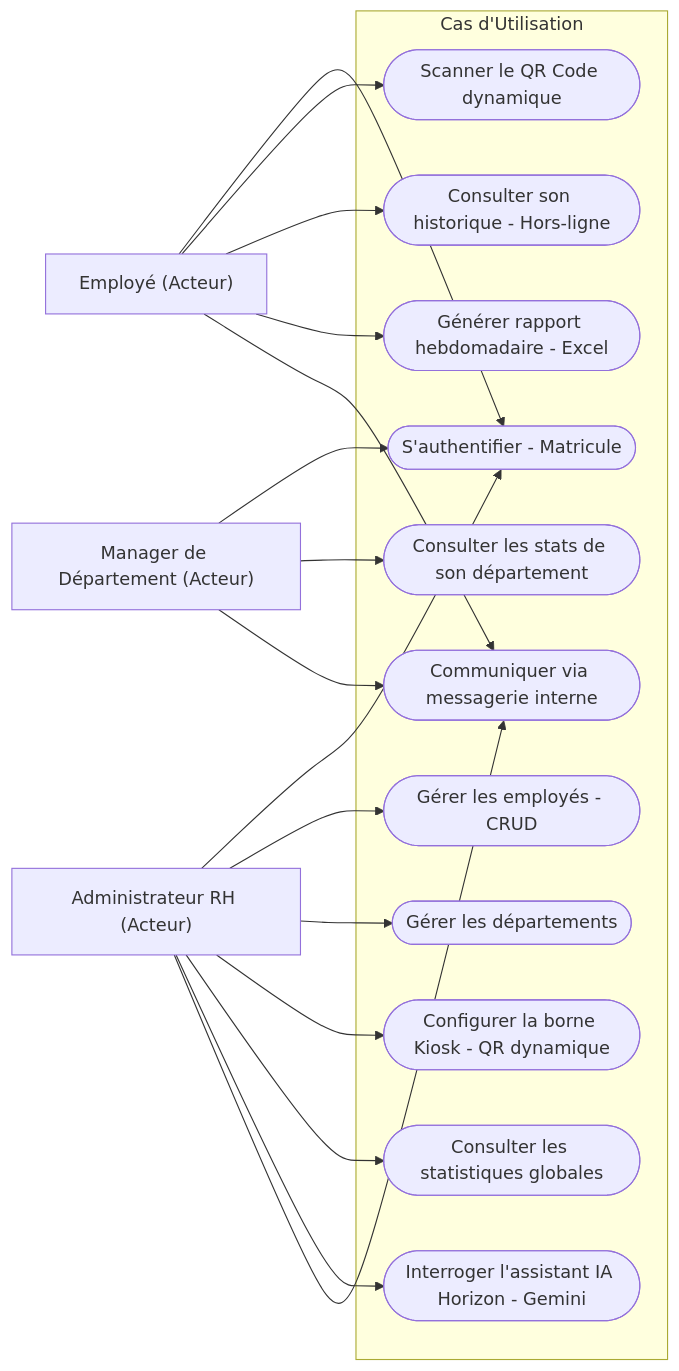
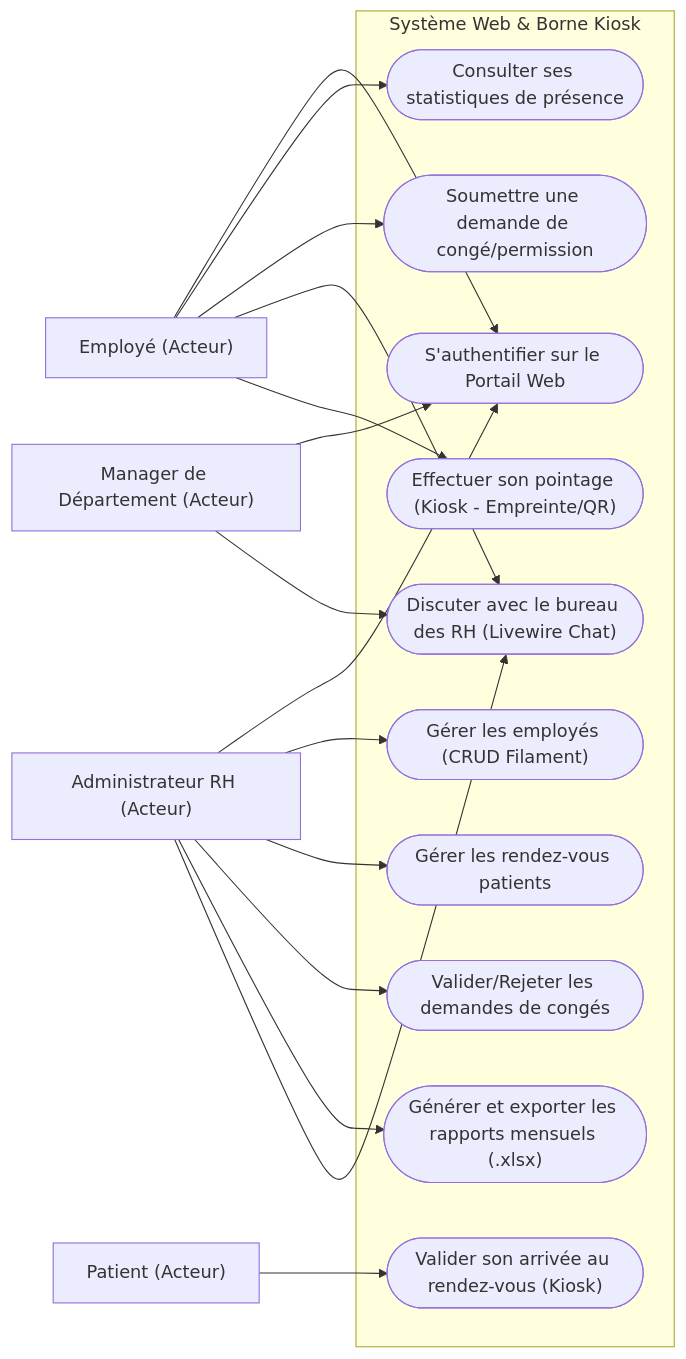
Before and after one commit to Evrad15/C.H.R.A.C.E.R.H: the first of 14 diagrams in rapport_de_stage_diagrammes.md, drawn with Mermaid. The commit also changed other lines of this file and 19 other files, not shown here.

Commit message:
docs: update project README and documentation with comprehensive architectural diagrams and feature specifications

````diff
--- a/rapport_de_stage_diagrammes.md
+++ b/rapport_de_stage_diagrammes.md
@@ -13,43 +14,44 @@
 ```mermaid
 graph LR
     Employe["Employé (Acteur)"]
+    Patient["Patient (Acteur)"]
     RH_Admin["Administrateur RH (Acteur)"]
     Manager["Manager de Département (Acteur)"]
 
-    subgraph "Cas d'Utilisation"
-        UC_Auth(["S'authentifier - Matricule"])
-        UC_Scan(["Scanner le QR Code dynamique"])
-        UC_Consult_Perso(["Consulter son historique - Hors-ligne"])
-        UC_Gen_Excel(["Générer rapport hebdomadaire - Excel"])
-        UC_Chat(["Communiquer via messagerie interne"])
+    subgraph "Système Web & Borne Kiosk"
+        UC_Auth(["S'authentifier sur le Portail Web"])
+        UC_Consult_Perso(["Consulter ses statistiques de présence"])
+        UC_Ask_Leave(["Soumettre une demande de congé/permission"])
+        UC_Chat_RH(["Discuter avec le bureau des RH (Livewire Chat)"])
         
-        UC_Manage_Emp(["Gérer les employés - CRUD"])
-        UC_Manage_Dept(["Gérer les départements"])
-        UC_Config_Kiosk(["Configurer la borne Kiosk - QR dynamique"])
-        UC_Consult_Global(["Consulter les statistiques globales"])
-        UC_Ask_Horizon(["Interroger l'assistant IA Horizon - Gemini"])
-
-        UC_Consult_Dept(["Consulter les stats de son département"])
+        UC_Point_Biometric(["Effectuer son pointage (Kiosk - Empreinte/QR)"])
+        UC_Patient_Checkin(["Valider son arrivée au rendez-vous (Kiosk)"])
+        
+        UC_Manage_Emp(["Gérer les employés (CRUD Filament)"])
+        UC_Manage_Rdv(["Gérer les rendez-vous patients"])
+        UC_Manage_Leaves(["Valider/Rejeter les demandes de congés"])
+        UC_Export_Reports(["Générer et exporter les rapports mensuels (.xlsx)"])
     end
 
     %% Employé
     Employe --> UC_Auth
-    Employe --> UC_Scan
     Employe --> UC_Consult_Perso
-    Employe --> UC_Gen_Excel
-    Employe --> UC_Chat
+    Employe --> UC_Ask_Leave
+    Employe --> UC_Chat_RH
+    Employe --> UC_Point_Biometric
+
+    %% Patient
+    Patient --> UC_Patient_Checkin
 
     %% RH Admin
     RH_Admin --> UC_Auth
     RH_Admin --> UC_Manage_Emp
-    RH_Admin --> UC_Manage_Dept
-    RH_Admin --> UC_Config_Kiosk
-    RH_Admin --> UC_Consult_Global
-    RH_Admin --> UC_Ask_Horizon
-    RH_Admin --> UC_Chat
+    RH_Admin --> UC_Manage_Rdv
+    RH_Admin --> UC_Manage_Leaves
+    RH_Admin --> UC_Export_Reports
+    RH_Admin --> UC_Chat_RH
 
     %% Manager
     Manager --> UC_Auth
-    Manager --> UC_Consult_Dept
-    Manager --> UC_Chat
+    Manager --> UC_Chat_RH
 ```
````
